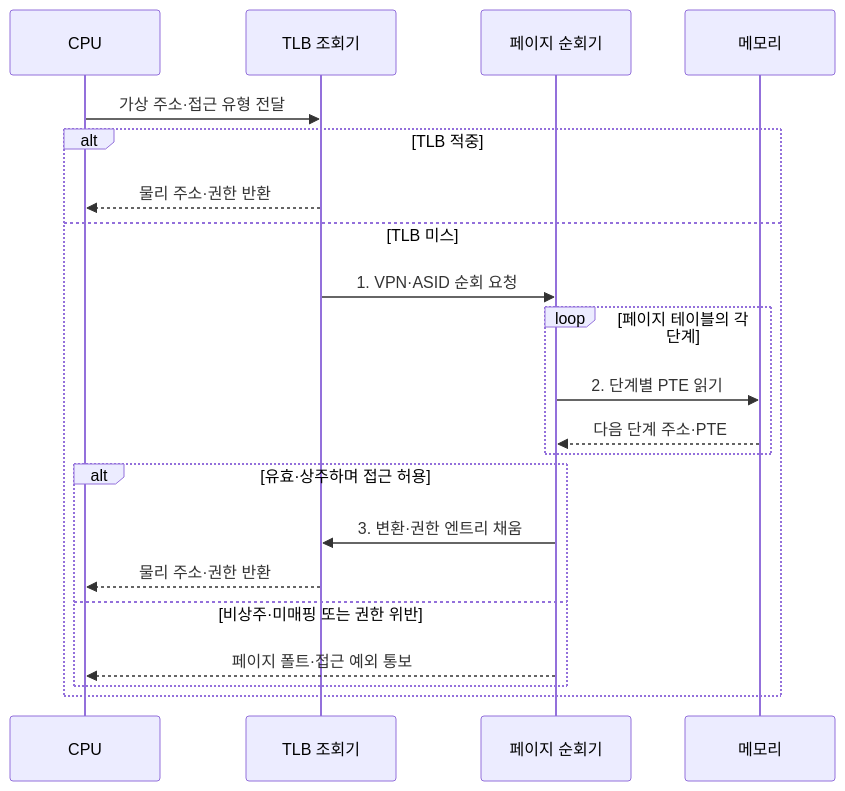
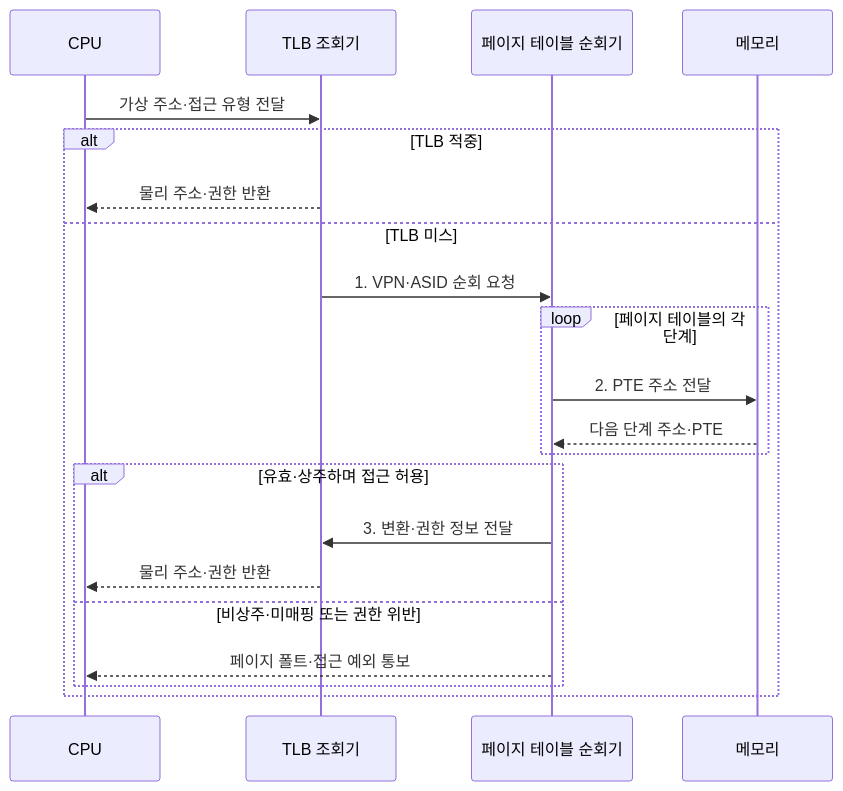
Before and after one commit to agnusdei1207/knowledge-base: the second of 2 diagrams in src/content/docs/notes/02-hardware/016_tlb.md, drawn with Mermaid. The commit also changed other lines of this file and 20 other files, not shown here.

````diff
--- a/src/content/docs/notes/02-hardware/016_tlb.md
+++ b/src/content/docs/notes/02-hardware/016_tlb.md
@@ -94,23 +93,23 @@
 ```mermaid
 sequenceDiagram
     participant C as CPU
     participant L as TLB 조회기
-    participant W as 페이지 순회기
+    participant W as 페이지 테이블 순회기
     participant M as 메모리
     C->>L: 가상 주소·접근 유형 전달
     alt TLB 적중
         L-->>C: 물리 주소·권한 반환
     else TLB 미스
         L->>W: 1. VPN·ASID 순회 요청
         loop 페이지 테이블의 각 단계
-            W->>M: 2. 단계별 PTE 읽기
+            W->>M: 2. PTE 주소 전달
             M-->>W: 다음 단계 주소·PTE
         end
         alt 유효·상주하며 접근 허용
-            W->>L: 3. 변환·권한 엔트리 채움
+            W->>L: 3. 변환·권한 정보 전달
             L-->>C: 물리 주소·권한 반환
         else 비상주·미매핑 또는 권한 위반
             W-->>C: 페이지 폴트·접근 예외 통보
         end
     end
 ```
````
